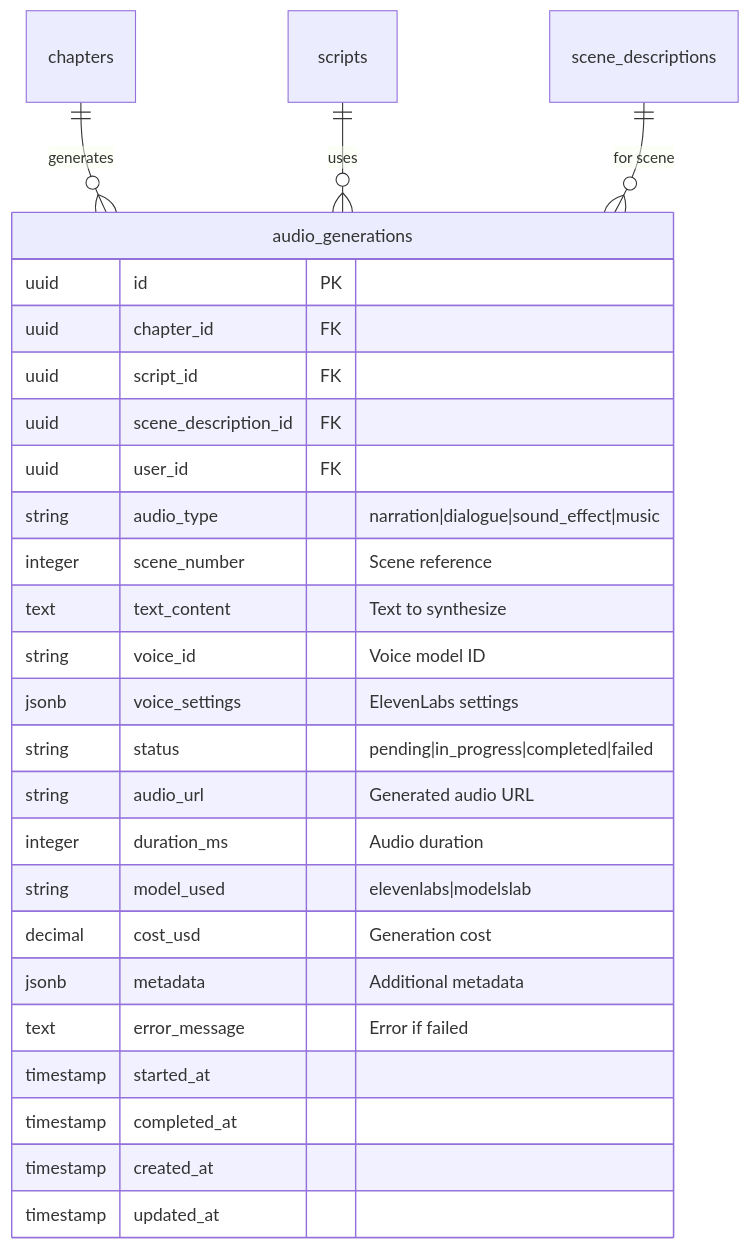
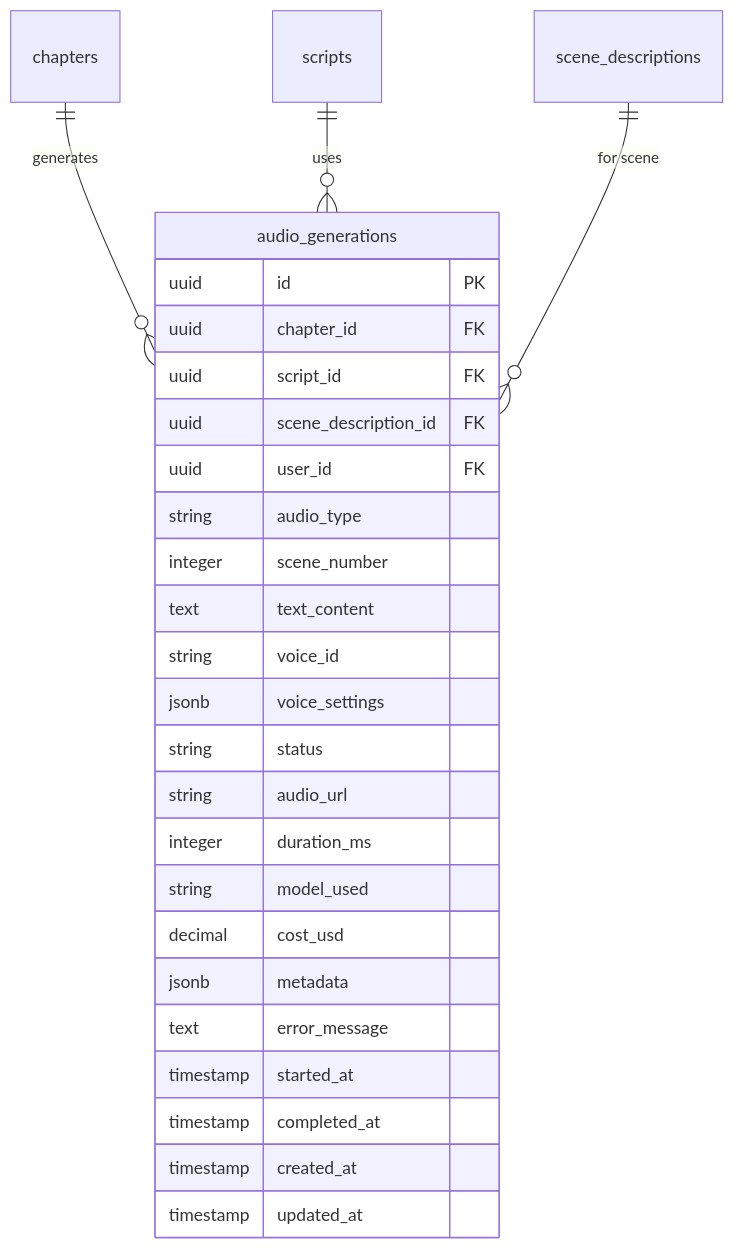
Before and after one commit to iamade/litinkapp: the sixth of 9 diagrams in new-full-architecture/ERD.md, drawn with Mermaid. The commit also changed other lines of this file and 2 other files, not shown here.

Commit message:
schema changed

````diff
--- a/new-full-architecture/ERD.md
+++ b/new-full-architecture/ERD.md
@@ -395,30 +395,30 @@
 ```mermaid
 erDiagram
     chapters ||--o{ audio_generations : "generates"
     scripts ||--o{ audio_generations : "uses"
     scene_descriptions ||--o{ audio_generations : "for scene"
     
     audio_generations {
         uuid id PK
         uuid chapter_id FK
         uuid script_id FK
         uuid scene_description_id FK
         uuid user_id FK
-        string audio_type "narration|dialogue|sound_effect|music"
-        integer scene_number "Scene reference"
-        text text_content "Text to synthesize"
-        string voice_id "Voice model ID"
-        jsonb voice_settings "ElevenLabs settings"
-        string status "pending|in_progress|completed|failed"
-        string audio_url "Generated audio URL"
-        integer duration_ms "Audio duration"
-        string model_used "elevenlabs|modelslab"
-        decimal cost_usd "Generation cost"
-        jsonb metadata "Additional metadata"
-        text error_message "Error if failed"
+        string audio_type
+        integer scene_number
+        text text_content
+        string voice_id
+        jsonb voice_settings
+        string status
+        string audio_url
+        integer duration_ms
+        string model_used
+        decimal cost_usd
+        jsonb metadata
+        text error_message
         timestamp started_at
         timestamp completed_at
         timestamp created_at
         timestamp updated_at
     }
 ```
````
